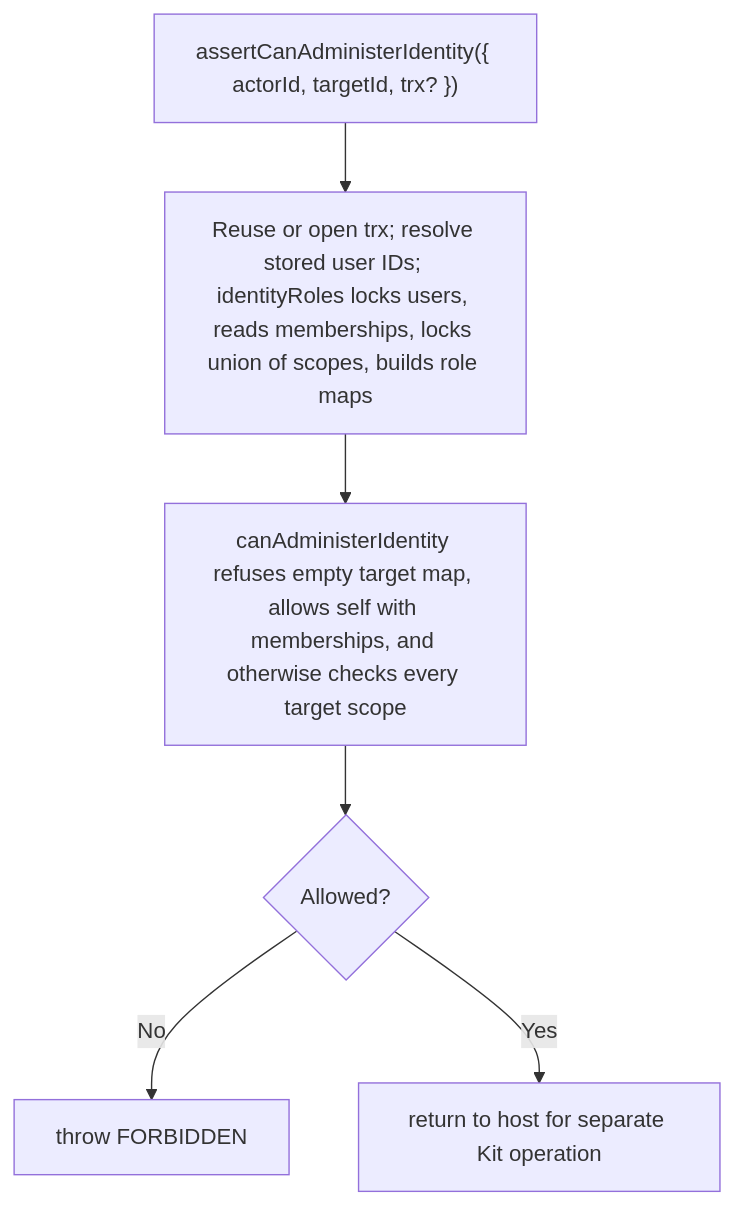
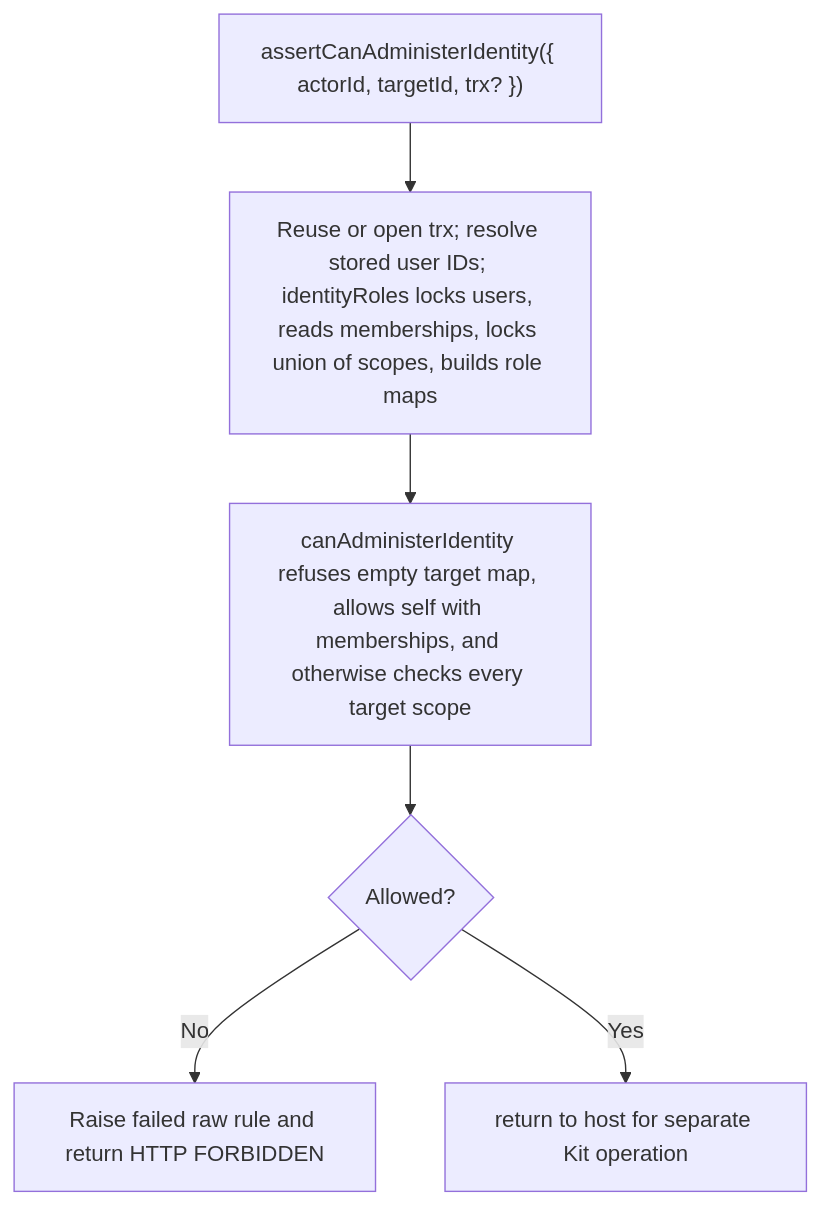
The second of 2 diagrams in user-stories/US-ACCESS-11-administer-account-identity.md (Kevinjohn/oss-adonisjs-access-control), drawn with Mermaid before and after one commit. The commit also changed 42 other files, not shown here.

````diff
--- a/user-stories/US-ACCESS-11-administer-account-identity.md
+++ b/user-stories/US-ACCESS-11-administer-account-identity.md
@@ -32,8 +32,8 @@
 ```mermaid
 flowchart TD
     A["assertCanAdministerIdentity({ actorId, targetId, trx? })"] --> B["Reuse or open trx; resolve stored user IDs; identityRoles locks users, reads memberships, locks union of scopes, builds role maps"]
     B --> C["canAdministerIdentity refuses empty target map, allows self with memberships, and otherwise checks every target scope"]
     C --> D{"Allowed?"}
-    D -->|No| E["throw FORBIDDEN"]
+    D -->|No| E["Raise failed raw rule and return HTTP FORBIDDEN"]
     D -->|Yes| F["return to host for separate Kit operation"]
 ```
````
